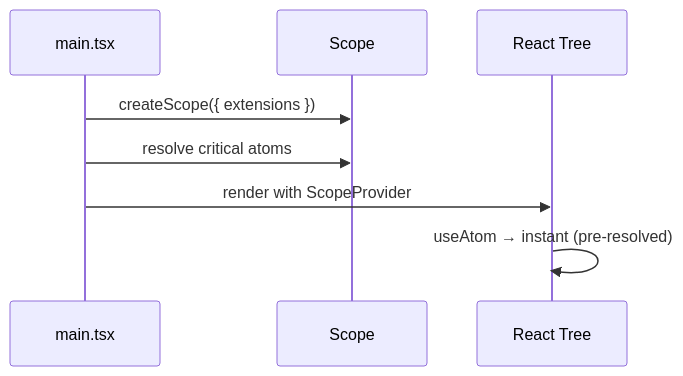
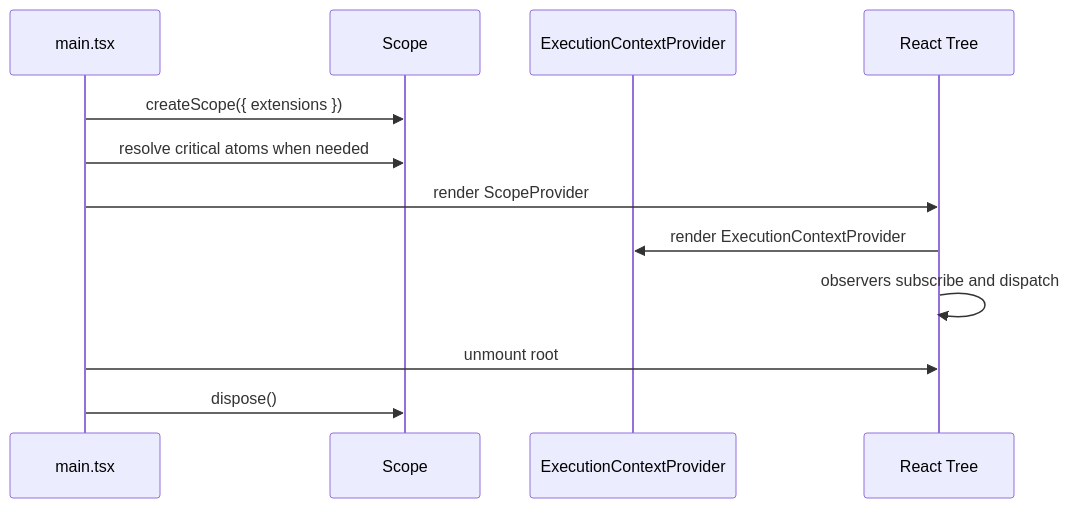
One commit to pumped-fn/pumped-fn changed the first of 2 diagrams in packages/lite-react/PATTERNS.md. Above: the diagram before and after it, drawn with Mermaid. The commit also changed other lines of this file and 4 other files, not shown here.

````diff
--- a/packages/lite-react/PATTERNS.md
+++ b/packages/lite-react/PATTERNS.md
@@ -11,11 +45,15 @@
 ```mermaid
 sequenceDiagram
     participant Main as main.tsx
     participant Scope
+    participant Ctx as ExecutionContextProvider
     participant React as React Tree
 
     Main->>Scope: createScope({ extensions })
-    Main->>Scope: resolve critical atoms
-    Main->>React: render with ScopeProvider
-    React->>React: useAtom → instant (pre-resolved)
+    Main->>Scope: resolve critical atoms when needed
+    Main->>React: render ScopeProvider
+    React->>Ctx: render ExecutionContextProvider
+    React->>React: observers subscribe and dispatch
+    Main->>React: unmount root
+    Main->>Scope: dispose()
 ```
````
